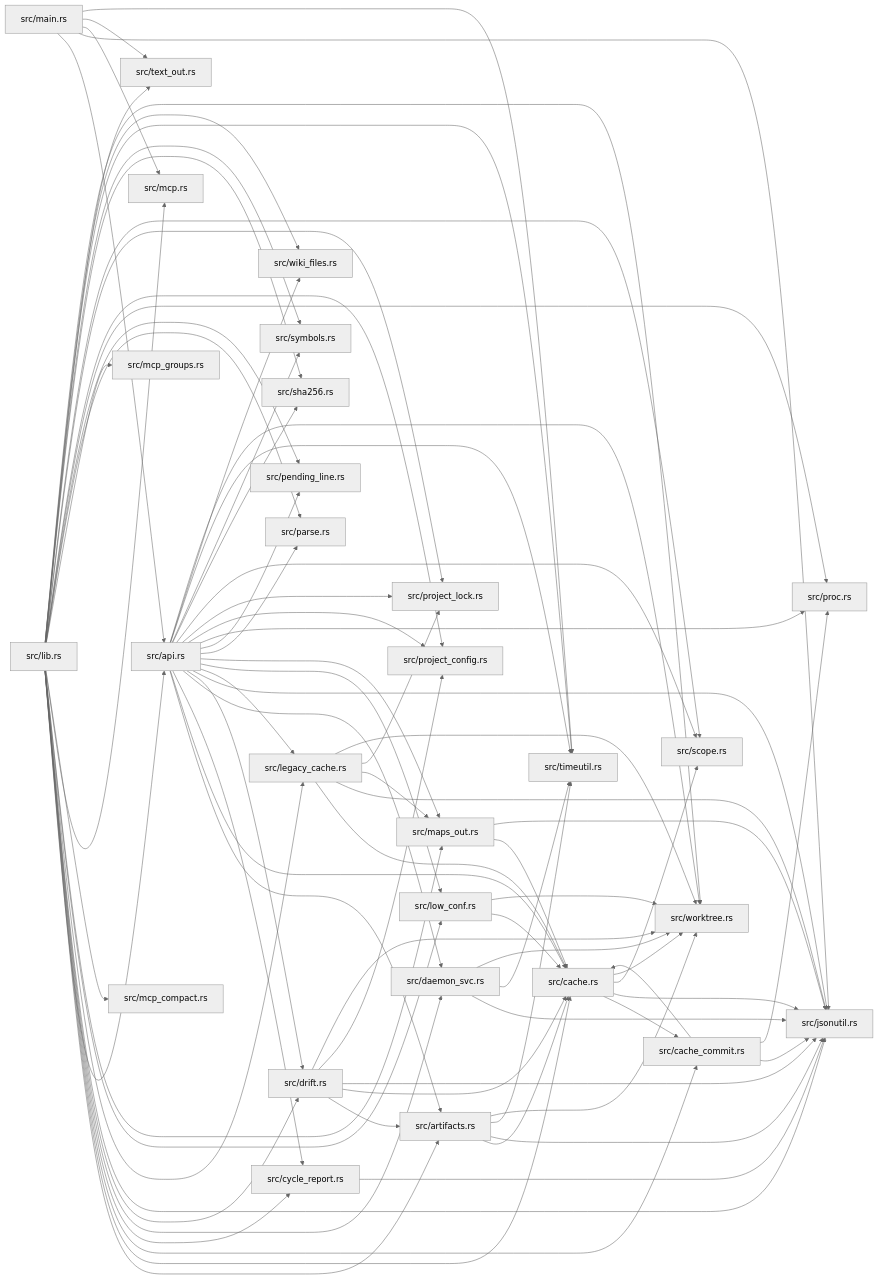
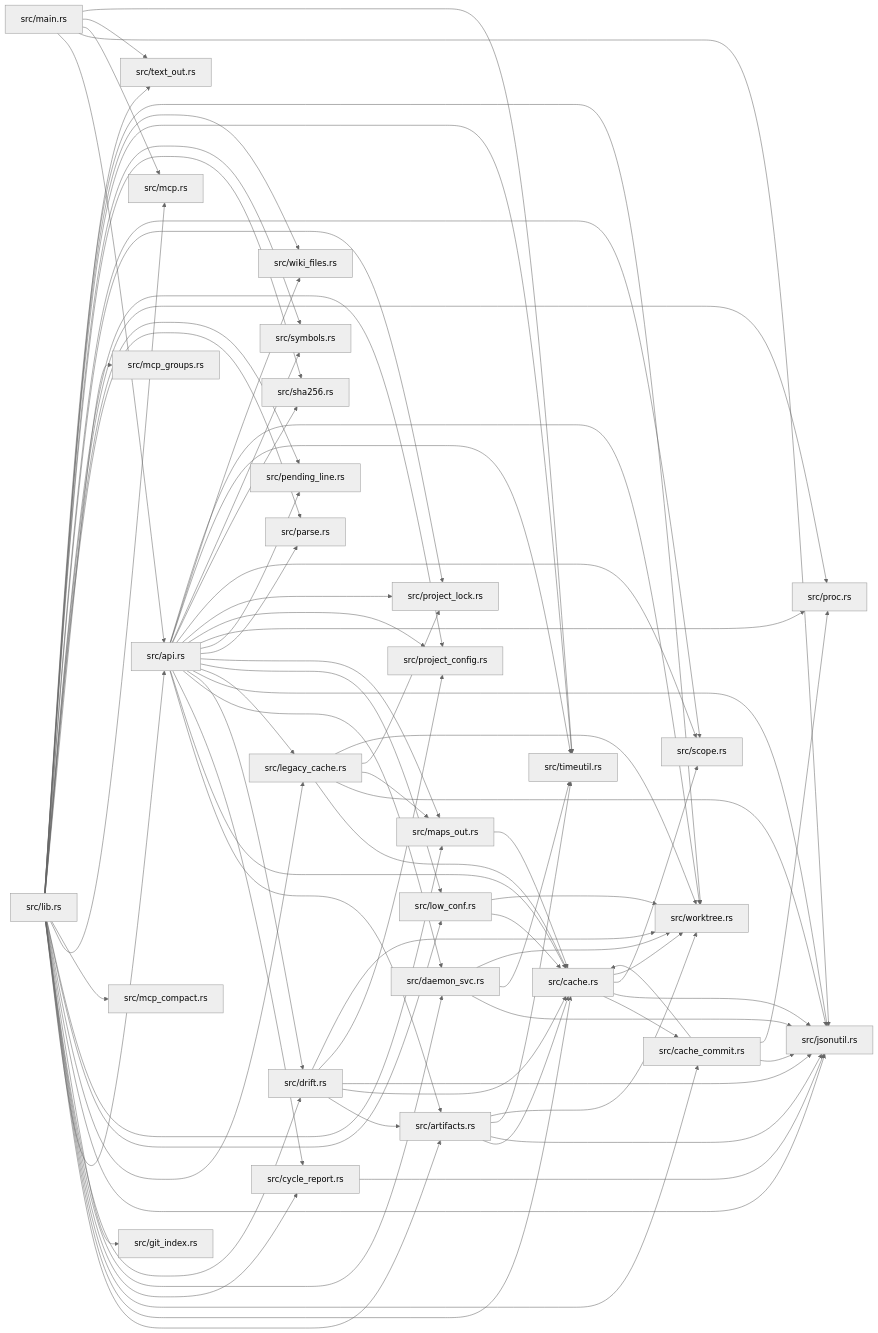
Before and after one commit to IronAdamant/wikifier: the diagram in library.md, drawn with Mermaid (neutral theme). The commit also changed other lines of this file and 19 other files, not shown here.

````diff
--- a/library.md
+++ b/library.md
@@ -111,13 +112,14 @@
   n22["src/lib.rs"] --> n3["src/cycle_report.rs"]
   n22["src/lib.rs"] --> n4["src/daemon_svc.rs"]
   n22["src/lib.rs"] --> n5["src/drift.rs"]
+  n22["src/lib.rs"] --> n23["src/git_index.rs"]
   n22["src/lib.rs"] --> n6["src/jsonutil.rs"]
   n22["src/lib.rs"] --> n7["src/legacy_cache.rs"]
   n22["src/lib.rs"] --> n8["src/low_conf.rs"]
   n22["src/lib.rs"] --> n9["src/maps_out.rs"]
-  n22["src/lib.rs"] --> n23["src/mcp.rs"]
-  n22["src/lib.rs"] --> n24["src/mcp_compact.rs"]
-  n22["src/lib.rs"] --> n25["src/mcp_groups.rs"]
+  n22["src/lib.rs"] --> n24["src/mcp.rs"]
+  n22["src/lib.rs"] --> n25["src/mcp_compact.rs"]
+  n22["src/lib.rs"] --> n26["src/mcp_groups.rs"]
   n22["src/lib.rs"] --> n10["src/parse.rs"]
   n22["src/lib.rs"] --> n11["src/pending_line.rs"]
   n22["src/lib.rs"] --> n12["src/proc.rs"]
@@ -126,17 +128,16 @@
   n22["src/lib.rs"] --> n15["src/scope.rs"]
   n22["src/lib.rs"] --> n16["src/sha256.rs"]
   n22["src/lib.rs"] --> n17["src/symbols.rs"]
-  n22["src/lib.rs"] --> n26["src/text_out.rs"]
+  n22["src/lib.rs"] --> n27["src/text_out.rs"]
   n22["src/lib.rs"] --> n18["src/timeutil.rs"]
   n22["src/lib.rs"] --> n19["src/wiki_files.rs"]
   n22["src/lib.rs"] --> n20["src/worktree.rs"]
   n8["src/low_conf.rs"] --> n2["src/cache.rs"]
   n8["src/low_conf.rs"] --> n20["src/worktree.rs"]
-  n27["src/main.rs"] --> n0["src/api.rs"]
-  n27["src/main.rs"] --> n6["src/jsonutil.rs"]
-  n27["src/main.rs"] --> n23["src/mcp.rs"]
-  n27["src/main.rs"] --> n26["src/text_out.rs"]
-  n27["src/main.rs"] --> n18["src/timeutil.rs"]
+  n28["src/main.rs"] --> n0["src/api.rs"]
+  n28["src/main.rs"] --> n6["src/jsonutil.rs"]
+  n28["src/main.rs"] --> n24["src/mcp.rs"]
+  n28["src/main.rs"] --> n27["src/text_out.rs"]
+  n28["src/main.rs"] --> n18["src/timeutil.rs"]
   n9["src/maps_out.rs"] --> n2["src/cache.rs"]
-  n9["src/maps_out.rs"] --> n6["src/jsonutil.rs"]
 ```
````
